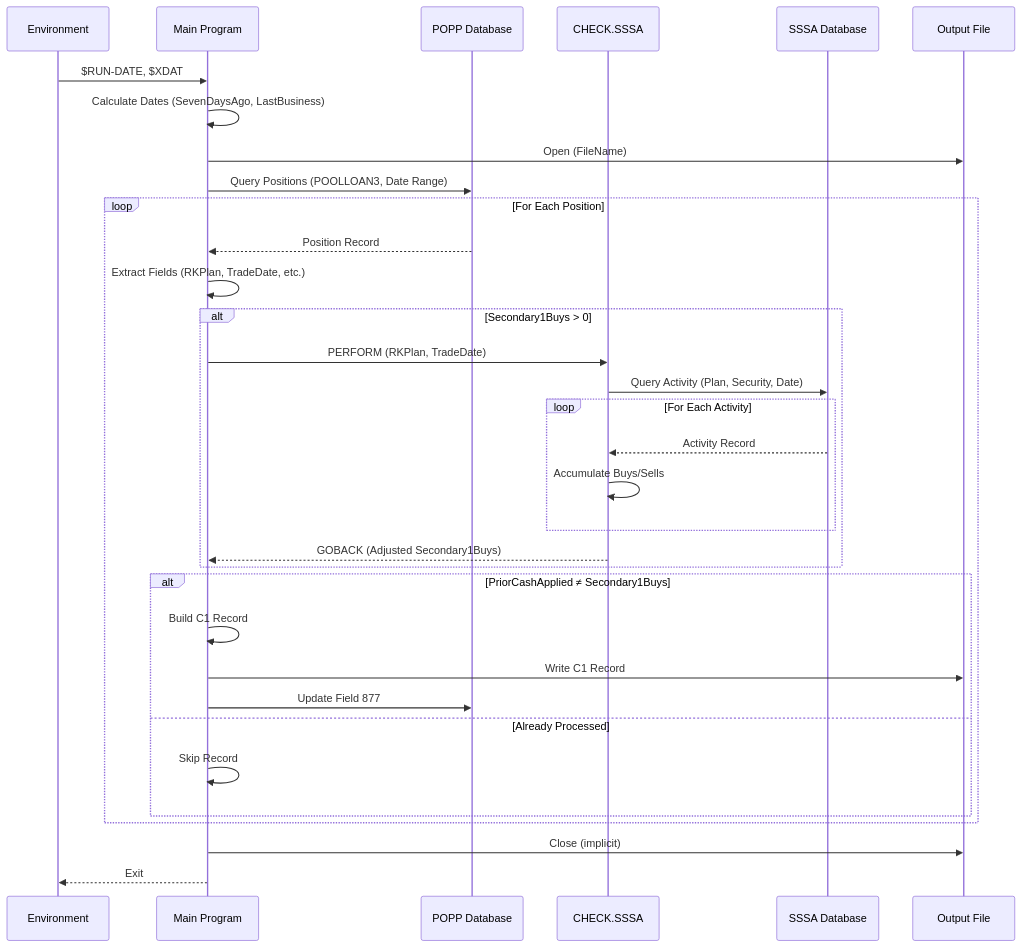
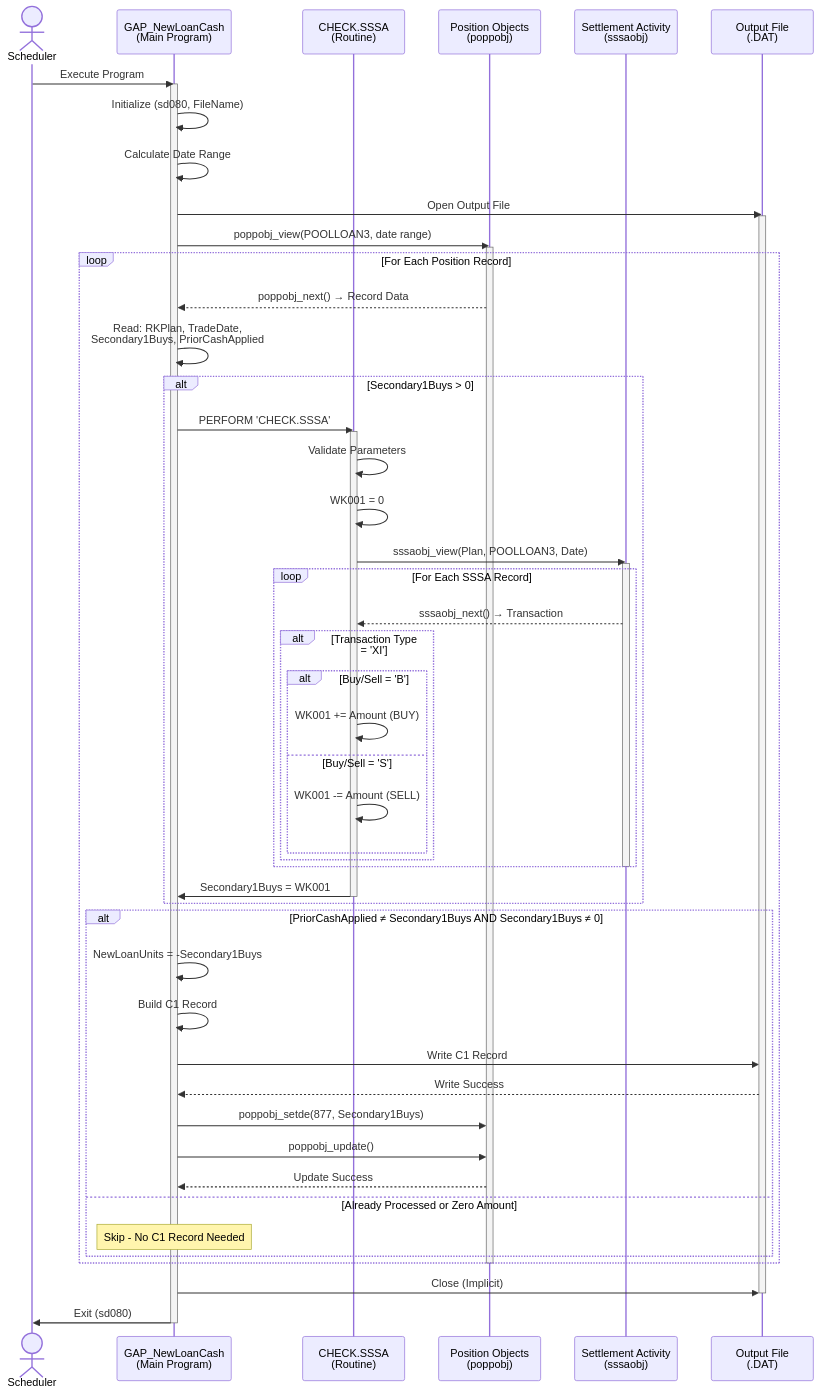
The second of 10 diagrams in omniscript-documentation/santized/GAP_NewLoanCash/GAP_NewLoanCash_DIAGRAMS.md (danismith-slalom1/bokf-poc), drawn with Mermaid before and after one commit. The commit also changed other lines of this file and 21 other files, not shown here.

````diff
--- a/omniscript-documentation/santized/GAP_NewLoanCash/GAP_NewLoanCash_DIAGRAMS.md
+++ b/omniscript-documentation/santized/GAP_NewLoanCash/GAP_NewLoanCash_DIAGRAMS.md
@@ -160,43 +83,72 @@
 ```mermaid
 sequenceDiagram
-    participant Env as Environment
-    participant Main as Main Program
-    participant POPP as POPP Database
-    participant CheckSSA as CHECK.SSSA
-    participant SSSA as SSSA Database
-    participant File as Output File
+    actor Scheduler
+    participant Main as GAP_NewLoanCash<br/>(Main Program)
+    participant CheckSSA as CHECK.SSSA<br/>(Routine)
+    participant PoppDB as Position Objects<br/>(poppobj)
+    participant SSADB as Settlement Activity<br/>(sssaobj)
+    participant File as Output File<br/>(.DAT)
     
-    Env->>Main: $RUN-DATE, $XDAT
-    Main->>Main: Calculate Dates (SevenDaysAgo, LastBusiness)
-    Main->>File: Open (FileName)
+    Scheduler->>Main: Execute Program
+    activate Main
     
-    Main->>POPP: Query Positions (POOLLOAN3, Date Range)
+    Main->>Main: Initialize (sd080, FileName)
+    Main->>Main: Calculate Date Range
+    Main->>File: Open Output File
+    activate File
     
-    loop For Each Position
-        POPP-->>Main: Position Record
-        Main->>Main: Extract Fields (RKPlan, TradeDate, etc.)
+    Main->>PoppDB: poppobj_view(POOLLOAN3, date range)
+    activate PoppDB
+    
+    loop For Each Position Record
+        PoppDB-->>Main: poppobj_next() → Record Data
+        Main->>Main: Read: RKPlan, TradeDate,<br/>Secondary1Buys, PriorCashApplied
         
         alt Secondary1Buys > 0
-            Main->>CheckSSA: PERFORM (RKPlan, TradeDate)
-            CheckSSA->>SSSA: Query Activity (Plan, Security, Date)
+            Main->>CheckSSA: PERFORM 'CHECK.SSSA'
+            activate CheckSSA
             
-            loop For Each Activity
-                SSSA-->>CheckSSA: Activity Record
-                CheckSSA->>CheckSSA: Accumulate Buys/Sells
+            CheckSSA->>CheckSSA: Validate Parameters
+            CheckSSA->>CheckSSA: WK001 = 0
+            
+            CheckSSA->>SSADB: sssaobj_view(Plan, POOLLOAN3, Date)
+            activate SSADB
+            
+            loop For Each SSSA Record
+                SSADB-->>CheckSSA: sssaobj_next() → Transaction
+                
+                alt Transaction Type = 'XI'
+                    alt Buy/Sell = 'B'
+                        CheckSSA->>CheckSSA: WK001 += Amount (BUY)
+                    else Buy/Sell = 'S'
+                        CheckSSA->>CheckSSA: WK001 -= Amount (SELL)
+                    end
+                end
             end
             
-            CheckSSA-->>Main: GOBACK (Adjusted Secondary1Buys)
+            deactivate SSADB
+            CheckSSA->>Main: Secondary1Buys = WK001
+            deactivate CheckSSA
         end
         
-        alt PriorCashApplied ≠ Secondary1Buys
+        alt PriorCashApplied ≠ Secondary1Buys AND Secondary1Buys ≠ 0
+            Main->>Main: NewLoanUnits = -Secondary1Buys
             Main->>Main: Build C1 Record
             Main->>File: Write C1 Record
-            Main->>POPP: Update Field 877
-        else Already Processed
-            Main->>Main: Skip Record
+            File-->>Main: Write Success
+            
+            Main->>PoppDB: poppobj_setde(877, Secondary1Buys)
+            Main->>PoppDB: poppobj_update()
+            PoppDB-->>Main: Update Success
+        else Already Processed or Zero Amount
+            Note over Main: Skip - No C1 Record Needed
         end
     end
     
-    Main->>File: Close (implicit)
-    Main-->>Env: Exit
+    deactivate PoppDB
+    Main->>File: Close (Implicit)
+    deactivate File
+    
+    Main->>Scheduler: Exit (sd080)
+    deactivate Main
 ```
````
